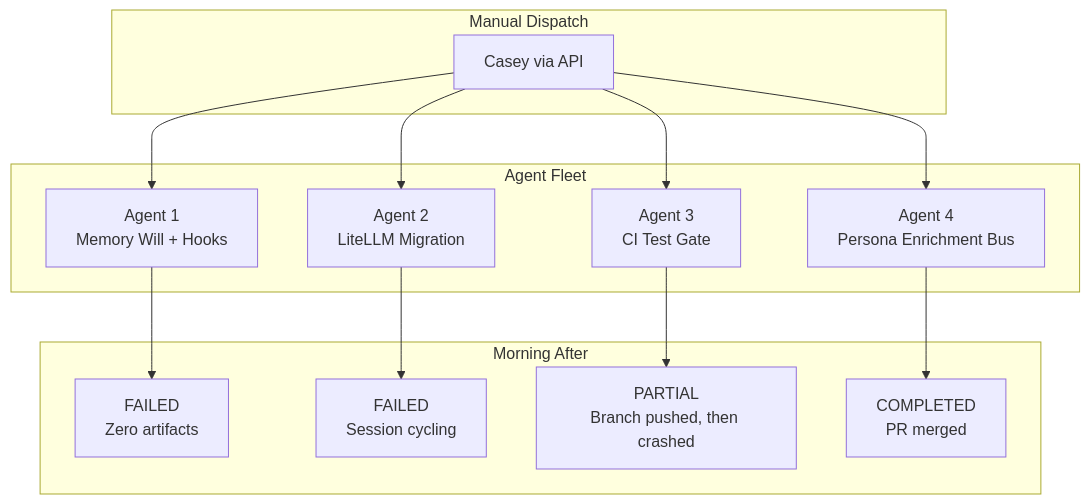
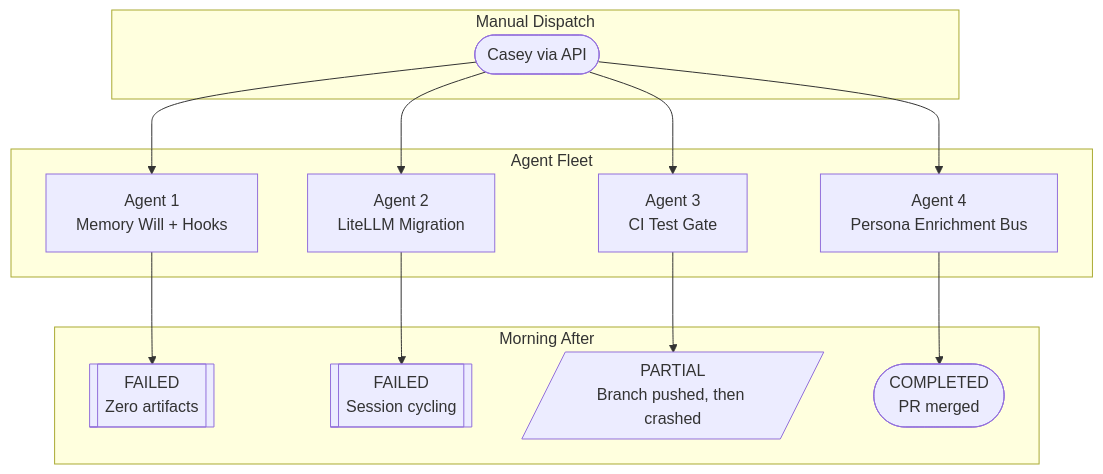
Before and after one commit to CyberdaemonAI/cyberdaemon-site: the first of 3 diagrams in src/content/build-logs/b0b-first-fleet.mdx, drawn with Mermaid. The commit also changed other lines of this file and 23 other files, not shown here.

First line of the commit message:
style(diagrams): retrofit all mermaid diagrams to flowchart syntax site-wide

````diff
--- a/src/content/build-logs/b0b-first-fleet.mdx
+++ b/src/content/build-logs/b0b-first-fleet.mdx
@@ -44,30 +44,26 @@
 ```mermaid
-graph TD
-    subgraph Dispatch["Manual Dispatch"]
-        D[Casey via API]
+flowchart TD
+    subgraph dispatch["Manual Dispatch"]
+        D([Casey via API])
     end
 
-    subgraph Fleet["Agent Fleet"]
-        B1["Agent 1<br/>Memory Will + Hooks"]
-        B2["Agent 2<br/>LiteLLM Migration"]
-        B3["Agent 3<br/>CI Test Gate"]
-        B4["Agent 4<br/>Persona Enrichment Bus"]
+    subgraph fleet["Agent Fleet"]
+        B1[Agent 1<br/>Memory Will + Hooks]
+        B2[Agent 2<br/>LiteLLM Migration]
+        B3[Agent 3<br/>CI Test Gate]
+        B4[Agent 4<br/>Persona Enrichment Bus]
     end
 
-    subgraph Results["Morning After"]
-        R1["FAILED<br/>Zero artifacts"]
-        R2["FAILED<br/>Session cycling"]
-        R3["PARTIAL<br/>Branch pushed, then crashed"]
-        R4["COMPLETED<br/>PR merged"]
+    subgraph results["Morning After"]
+        R1[[FAILED<br/>Zero artifacts]]
+        R2[[FAILED<br/>Session cycling]]
+        R3[/PARTIAL<br/>Branch pushed, then crashed/]
+        R4([COMPLETED<br/>PR merged])
     end
 
-    D --> B1
-    D --> B2
-    D --> B3
-    D --> B4
-
+    D --> B1 & B2 & B3 & B4
     B1 --> R1
     B2 --> R2
     B3 --> R3
     B4 --> R4
 ```
````
